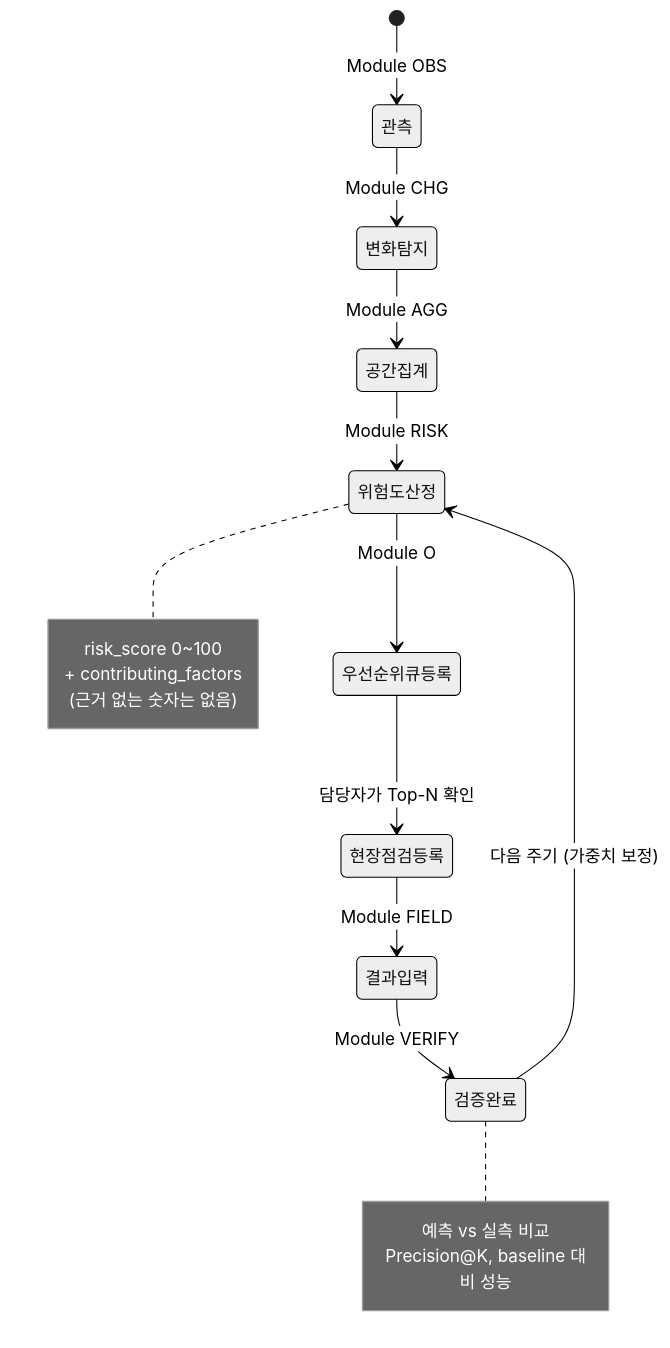
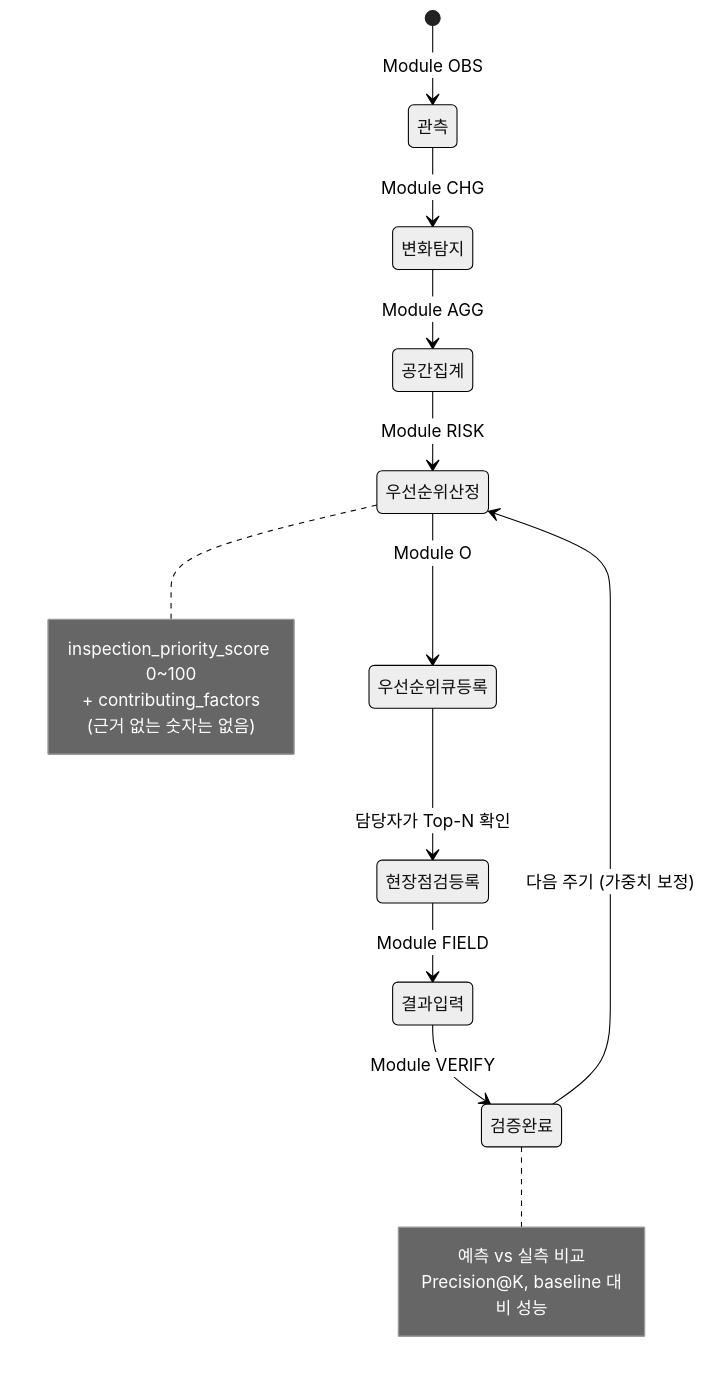
Before and after one commit to tradeprogram/waterside_guard: the second of 3 diagrams in README.md, drawn with Mermaid (neutral theme). The commit also changed other lines of this file and 33 other files, not shown here.

````diff
--- a/README.md
+++ b/README.md
@@ -101,22 +101,22 @@
 ```mermaid
 stateDiagram-v2
     [*] --> 관측: Module OBS
     관측 --> 변화탐지: Module CHG
     변화탐지 --> 공간집계: Module AGG
-    공간집계 --> 위험도산정: Module RISK
-    위험도산정 --> 우선순위큐등록: Module O
+    공간집계 --> 우선순위산정: Module RISK
+    우선순위산정 --> 우선순위큐등록: Module O
     우선순위큐등록 --> 현장점검등록: 담당자가 Top-N 확인
     현장점검등록 --> 결과입력: Module FIELD
     결과입력 --> 검증완료: Module VERIFY
-    검증완료 --> 위험도산정: 다음 주기 (가중치 보정)
+    검증완료 --> 우선순위산정: 다음 주기 (가중치 보정)
 
-    note right of 위험도산정
-        risk_score 0~100
+    note right of 우선순위산정
+        inspection_priority_score 0~100
         + contributing_factors
         (근거 없는 숫자는 없음)
     end note
     note right of 검증완료
         예측 vs 실측 비교
         Precision@K, baseline 대비 성능
     end note
 ```
````
